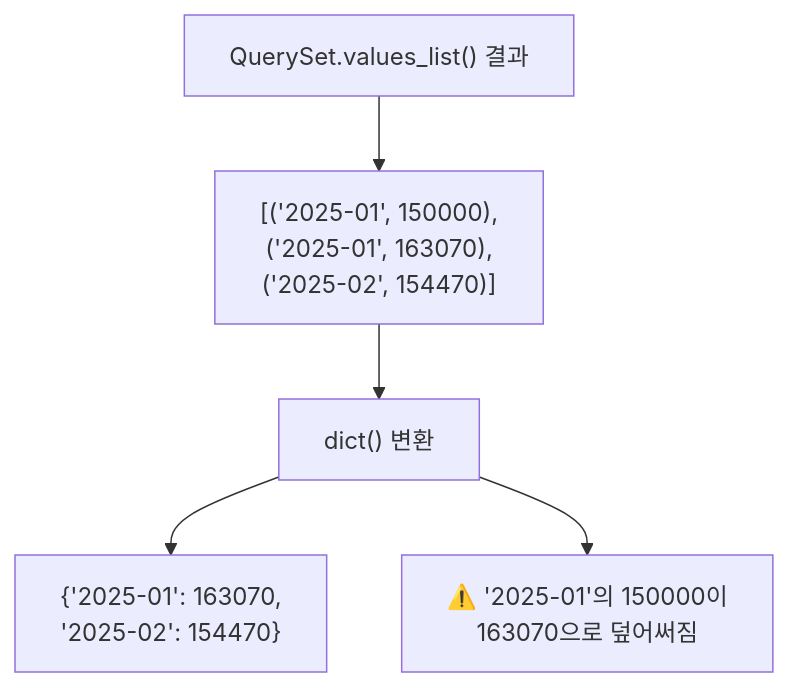
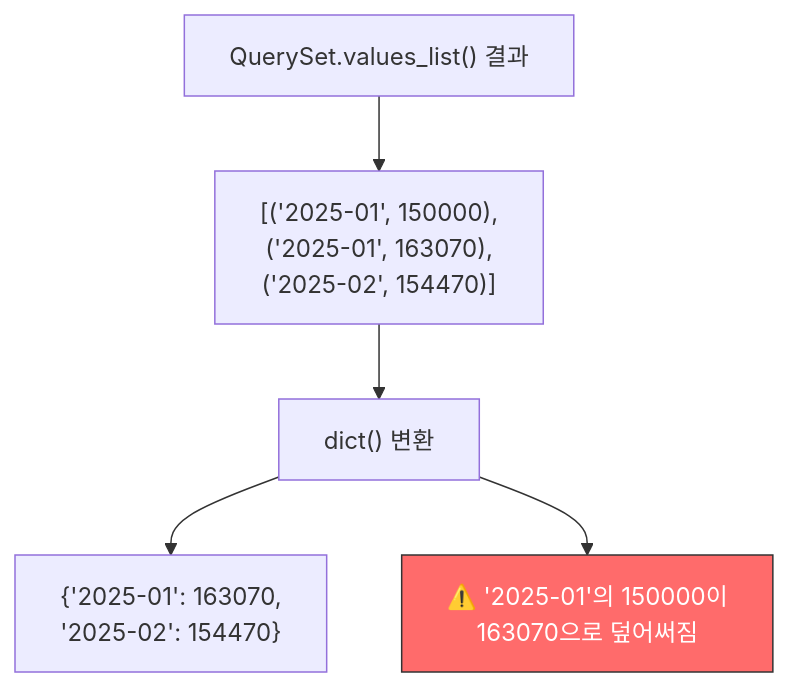
One commit to Gyubster/til changed the first of 3 diagrams in _posts/2025-11-21-python-dict-변환의-함정-금융-데이터-집계-버그.md. Above: the diagram before and after it, drawn with Mermaid. The commit also changed other lines of this file and 11 other files, not shown here.

````diff
--- a/_posts/2025-11-21-python-dict-변환의-함정-금융-데이터-집계-버그.md
+++ b/_posts/2025-11-21-python-dict-변환의-함정-금융-데이터-집계-버그.md
@@ -39,7 +39,8 @@
 ```mermaid
 flowchart TD
     A["QuerySet.values_list() 결과"] --> B["[('2025-01', 150000),<br>('2025-01', 163070),<br>('2025-02', 154470)]"]
     B --> C["dict() 변환"]
     C --> D["{'2025-01': 163070,<br>'2025-02': 154470}"]
     C --> E["⚠️ '2025-01'의 150000이<br>163070으로 덮어써짐"]
+    style E fill:#ff6b6b,stroke:#333,color:#fff
 ```
````
